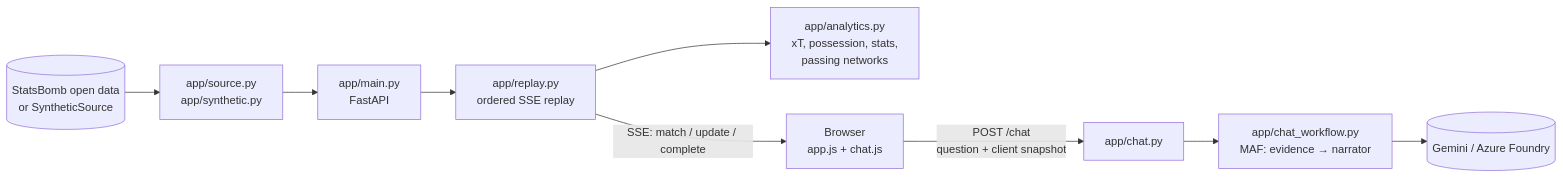
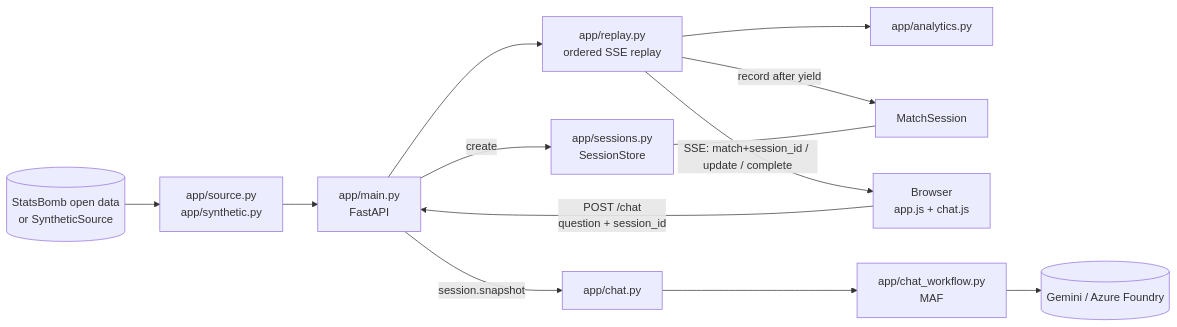
The first of 2 diagrams in docs/architecture.md (fouratrachid/Inside-the-Game-Hackathon), drawn with Mermaid before and after one commit. The commit also changed other lines of this file and 24 other files, not shown here.

First line of the commit message:
Phase 1: server-side match sessions for chat context

````diff
--- a/docs/architecture.md
+++ b/docs/architecture.md
@@ -7,11 +7,15 @@
 ```mermaid
 flowchart LR
     SB[(StatsBomb open data<br/>or SyntheticSource)] --> Source[app/source.py<br/>app/synthetic.py]
     Source --> Main[app/main.py<br/>FastAPI]
+    Main -->|create| Store[app/sessions.py<br/>SessionStore]
     Main --> Replay[app/replay.py<br/>ordered SSE replay]
-    Replay --> Analytics[app/analytics.py<br/>xT, possession, stats,<br/>passing networks]
-    Replay -->|SSE: match / update / complete| Browser[Browser<br/>app.js + chat.js]
-    Browser -->|POST /chat<br/>question + client snapshot| Chat[app/chat.py]
-    Chat --> Workflow[app/chat_workflow.py<br/>MAF: evidence → narrator]
+    Replay --> Analytics[app/analytics.py]
+    Replay -->|record after yield| Session[MatchSession]
+    Store --- Session
+    Replay -->|SSE: match+session_id / update / complete| Browser[Browser<br/>app.js + chat.js]
+    Browser -->|POST /chat<br/>question + session_id| Main
+    Main -->|session.snapshot| Chat[app/chat.py]
+    Chat --> Workflow[app/chat_workflow.py<br/>MAF]
     Workflow --> LLM[(Gemini / Azure Foundry)]
 ```
````
